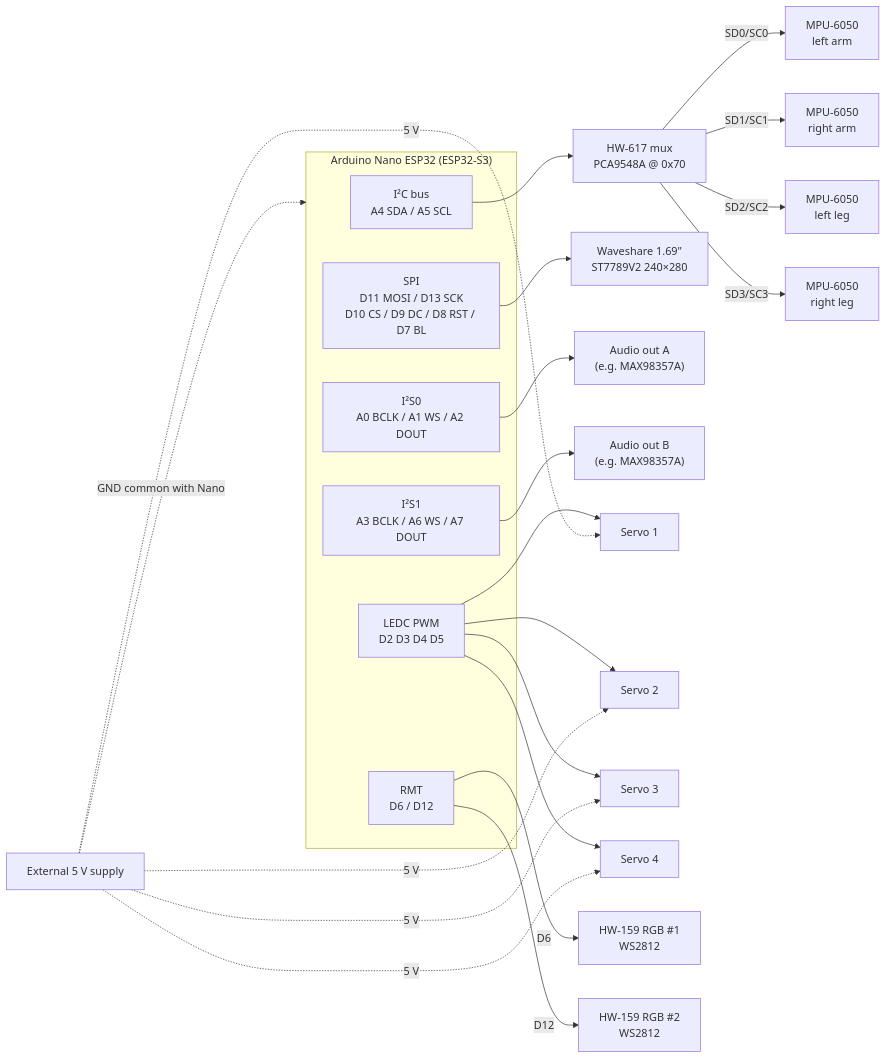
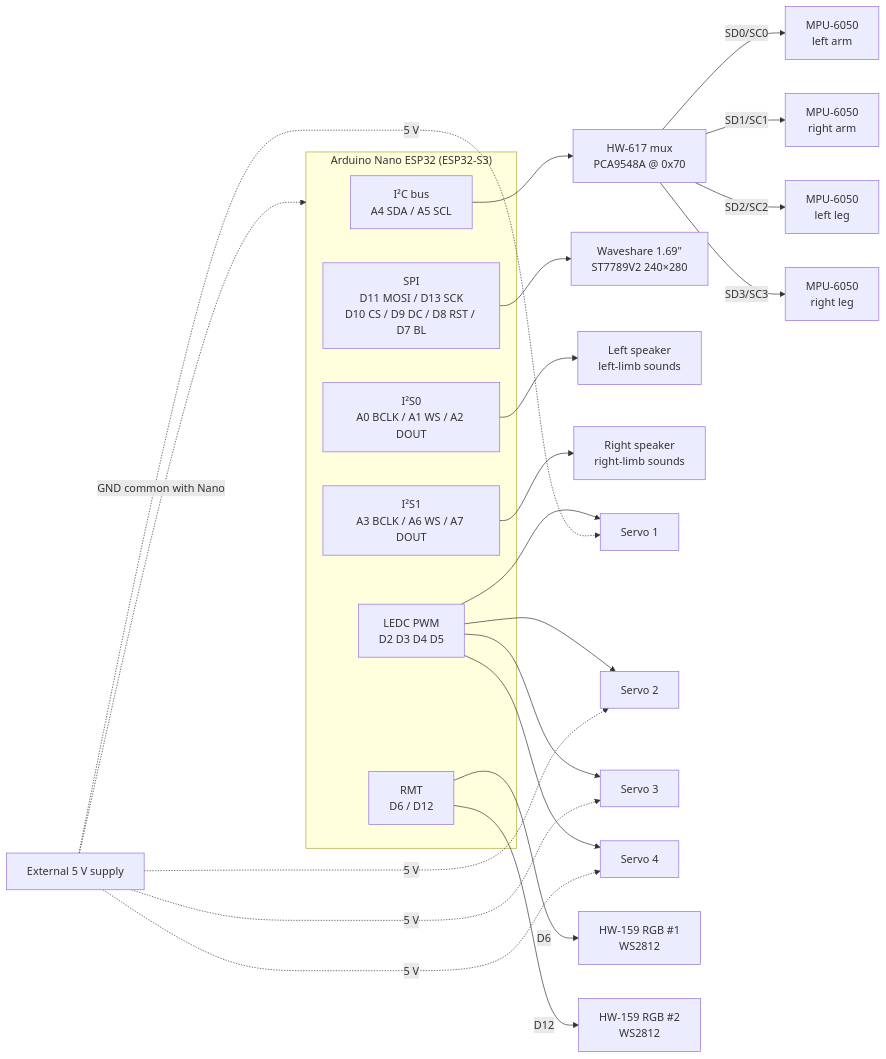
Before and after one commit to melucasleite/mark85: the diagram in README.md, drawn with Mermaid. The commit also changed other lines of this file and 1 other file, not shown here.

Commit message:
Map audio outputs: left speaker = left limbs, right speaker = right limbs

````diff
--- a/README.md
+++ b/README.md
@@ -55,33 +56,33 @@
 ```mermaid
 graph LR
     subgraph NANO["Arduino Nano ESP32 (ESP32-S3)"]
         I2C["I²C bus<br/>A4 SDA / A5 SCL"]
         SPI["SPI<br/>D11 MOSI / D13 SCK<br/>D10 CS / D9 DC / D8 RST / D7 BL"]
         I2S0["I²S0<br/>A0 BCLK / A1 WS / A2 DOUT"]
         I2S1["I²S1<br/>A3 BCLK / A6 WS / A7 DOUT"]
         PWM["LEDC PWM<br/>D2 D3 D4 D5"]
         RMT["RMT<br/>D6 / D12"]
     end
 
     I2C --> MUX["HW-617 mux<br/>PCA9548A @ 0x70"]
     MUX -- "SD0/SC0" --> IMU0["MPU-6050<br/>left arm"]
     MUX -- "SD1/SC1" --> IMU1["MPU-6050<br/>right arm"]
     MUX -- "SD2/SC2" --> IMU2["MPU-6050<br/>left leg"]
     MUX -- "SD3/SC3" --> IMU3["MPU-6050<br/>right leg"]
 
     SPI --> LCD["Waveshare 1.69&quot;<br/>ST7789V2 240×280"]
 
-    I2S0 --> AUDA["Audio out A<br/>(e.g. MAX98357A)"]
-    I2S1 --> AUDB["Audio out B<br/>(e.g. MAX98357A)"]
+    I2S0 --> AUDA["Left speaker<br/>left-limb sounds"]
+    I2S1 --> AUDB["Right speaker<br/>right-limb sounds"]
 
     PWM --> S1["Servo 1"]
     PWM --> S2["Servo 2"]
     PWM --> S3["Servo 3"]
     PWM --> S4["Servo 4"]
 
     RMT -- "D6" --> RGB1["HW-159 RGB #1<br/>WS2812"]
     RMT -- "D12" --> RGB2["HW-159 RGB #2<br/>WS2812"]
 
     PSU["External 5 V supply"] -.->|"5 V"| S1 & S2 & S3 & S4
     PSU -.->|"GND common with Nano"| NANO
 ```
````
